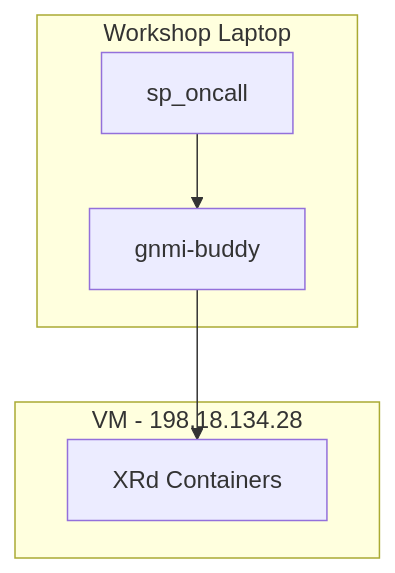
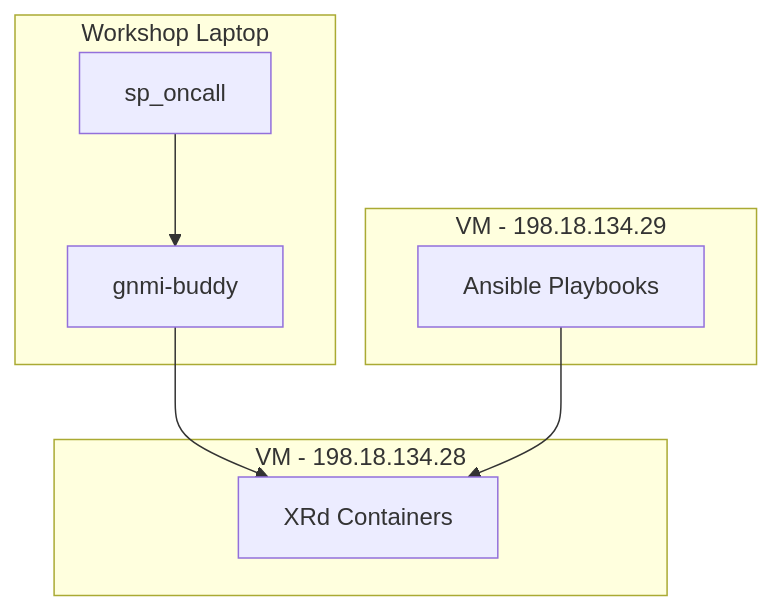
The fourth of 4 diagrams in README.md (jillesca/DEVWKS-3337), drawn with Mermaid before and after one commit. The commit also changed other lines of this file and 1 other file, not shown here.

````diff
--- a/README.md
+++ b/README.md
@@ -54,13 +63,18 @@
 ```mermaid
 flowchart TD
     subgraph VM - 198.18.134.28
         A[XRd Containers]
+    end
+
+    subgraph VM - 198.18.134.29
+        F[Ansible Playbooks]
     end
 
     subgraph Workshop Laptop
         D[sp_oncall]
         E[gnmi-buddy]
         D --> E
         E --> A
+        F --> A
     end
 ```
````
